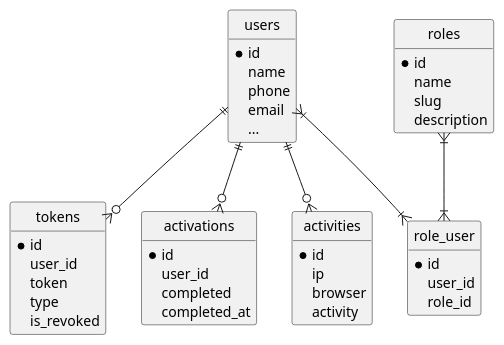
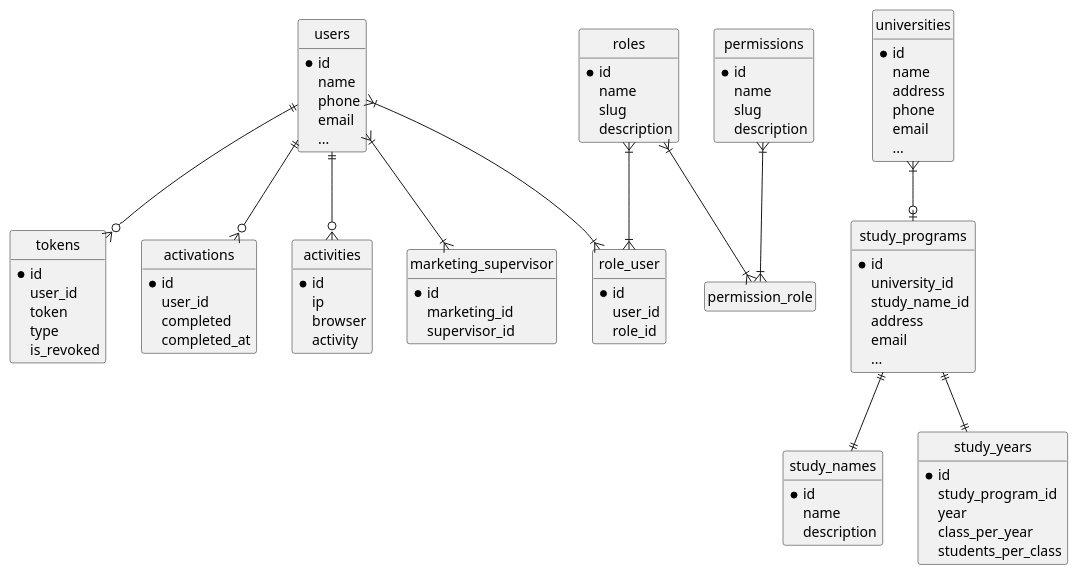
Before and after one commit to attanza/langsungjalan-api: the diagram in database/erd.plantuml, drawn with PlantUML. The commit also changed 3 other files, not shown here.

```diff
--- a/database/erd.plantuml
+++ b/database/erd.plantuml
@@ -1,53 +1,107 @@
 @startuml
 hide circle
 hide empty members
 
 entity users {
   *id
   name
   phone
   email
   ...
 }
 entity tokens {
   *id
   user_id
   token
   type
   is_revoked
 }
 
 entity activations {
   *id
   user_id
   completed
   completed_at
 }
 
 entity activities {
   *id
   ip
   browser
   activity
 }
 
 entity roles {
   *id
   name
   slug
   description
 }
 
+entity permissions {
+  *id
+  name
+  slug
+  description
+}
+
 entity role_user {
   *id
   user_id
   role_id
+}
+
+entity marketing_supervisor {
+  *id
+  marketing_id
+  supervisor_id
+}
+
+entity universities {
+  *id
+  name
+  address
+  phone
+  email
+  ...
+}
+
+entity study_names {
+  *id
+  name
+  description
+}
+
+entity study_programs {
+  *id
+  university_id
+  study_name_id
+  address
+  email
+  ...
+}
+
+entity study_years {
+  *id
+  study_program_id
+  year
+  class_per_year
+  students_per_class
 }
 
 users                 ||--o{ tokens
 users                 ||--o{ activations
 users                 ||--o{ activities
 users                 }|--|{ role_user
 roles                 }|--|{ role_user
+roles                 }|--|{ permission_role
+permissions           }|--|{ permission_role
+users                 }|--|{ marketing_supervisor
+universities          }|--o| study_programs
+study_programs        ||--|| study_names
+study_programs        ||--|| study_years
+
+
+
 
 @enduml
```
